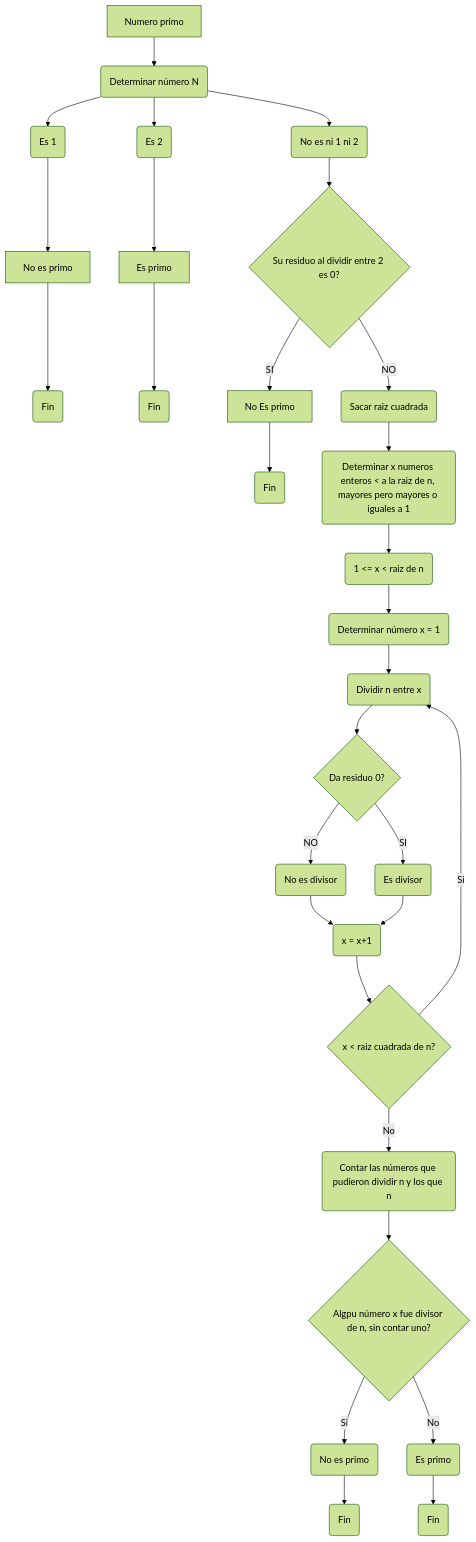
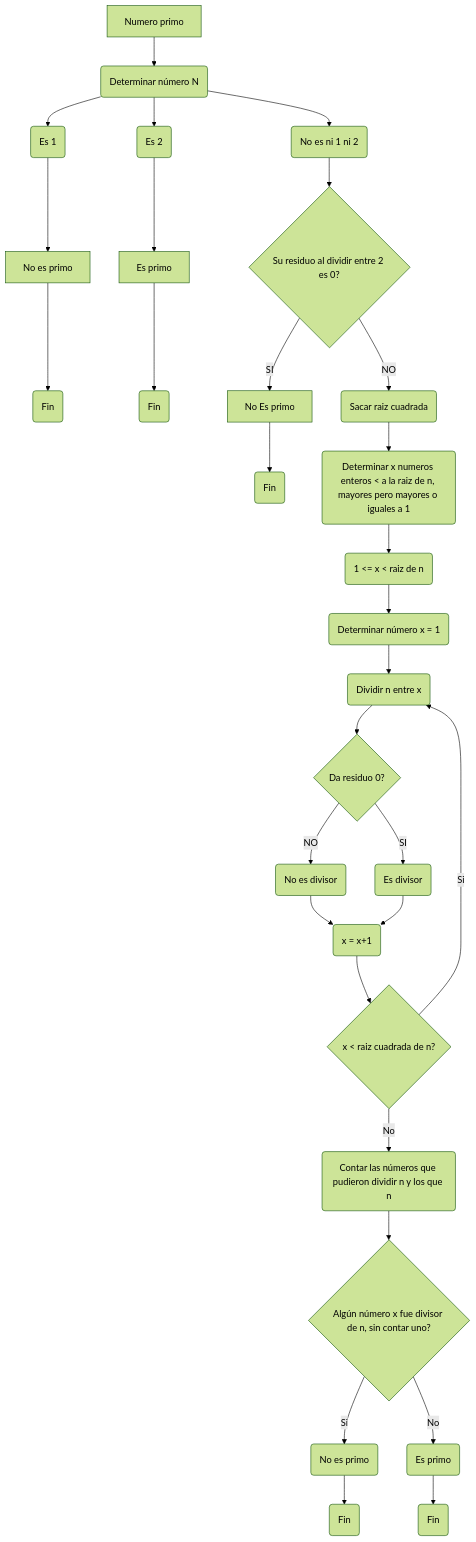
Before and after one commit to MiguelAngelAcevedoOlaya/Reto-3-Miguel-Acevedo: the first of 3 diagrams in README.md, drawn with Mermaid (forest theme).

````diff
--- a/README.md
+++ b/README.md
@@ -9,32 +9,32 @@
 ```mermaid
 flowchart TD
     A[Numero primo] -->B(Determinar número N)
     B --> C(Es 1)
     C --> D[No es primo]
     D --> W(Fin)
     B --> E(Es 2)
     E --> F[Es primo]
     F --> X(Fin)
     B --> AC(No es ni 1 ni 2)
     AC --> G{Su residuo al dividir entre 2 es 0?}
     G -->|SI| H[No Es primo]
     H --> AB(Fin)
     G -->|NO| I(Sacar raiz cuadrada)
     I -->L(Determinar x numeros enteros < a la raiz de n, mayores pero mayores o iguales a 1)
     L --> M(1 <= x < raiz de n)
     M --> N(Determinar número x = 1)
     N --> T(Dividir n entre x)
     T --> Ñ{Da residuo 0?}
     Ñ -->|SI| O(Es divisor)
     Ñ -->|NO| P(No es divisor)
     P --> Q(x = x+1)
     O --> Q
     Q --> R{x < raiz cuadrada de n?}
     R --> |Si|T
     R -->|No| S(Contar las números que pudieron dividir n y los que n)
-    S -->U{Algpu número x fue divisor de n, sin contar uno?}
+    S -->U{Algún número x fue divisor de n, sin contar uno?}
     U -->|Si| V(No es primo)
     V --> Z(Fin)
     U -->|No| AD(Es primo)
     AD --> AA(Fin)
 ```
````
